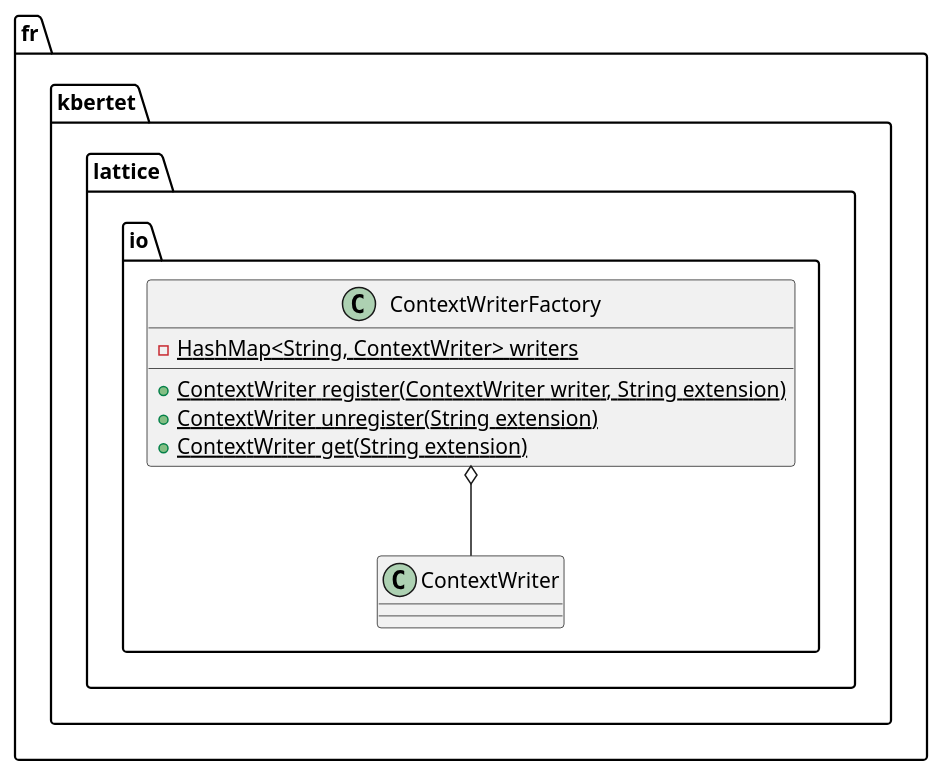
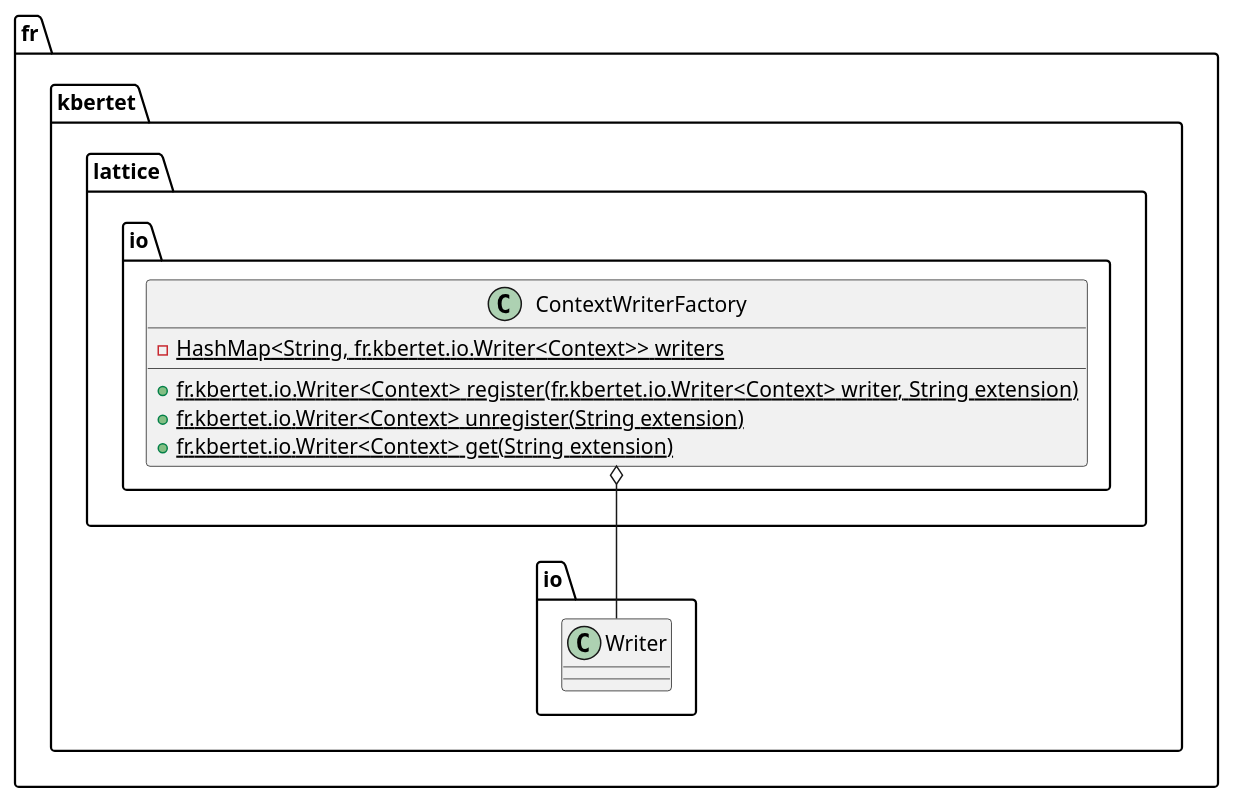
Before and after one commit to thegalactic/java-lattices: the diagram in src/main/javadoc/resources/fr/kbertet/context/io/ContextWriterFactory.iuml, drawn with PlantUML. The commit also changed 28 other files, not shown here.

```diff
--- a/src/main/javadoc/resources/fr/kbertet/context/io/ContextWriterFactory.iuml
+++ b/src/main/javadoc/resources/fr/kbertet/context/io/ContextWriterFactory.iuml
@@ -1,10 +1,10 @@
 package fr.kbertet.lattice.io {
     class ContextWriterFactory {
-    	-{static}HashMap<String, ContextWriter> writers
-        +{static}ContextWriter register(ContextWriter writer, String extension)
-        +{static}ContextWriter unregister(String extension)
-        +{static}ContextWriter get(String extension)
+    	-{static}HashMap<String, fr.kbertet.io.Writer<Context>> writers
+        +{static}fr.kbertet.io.Writer<Context> register(fr.kbertet.io.Writer<Context> writer, String extension)
+        +{static}fr.kbertet.io.Writer<Context> unregister(String extension)
+        +{static}fr.kbertet.io.Writer<Context> get(String extension)
     }
 
-    ContextWriterFactory o-- ContextWriter
+    ContextWriterFactory o-- fr.kbertet.io.Writer
 }
```
